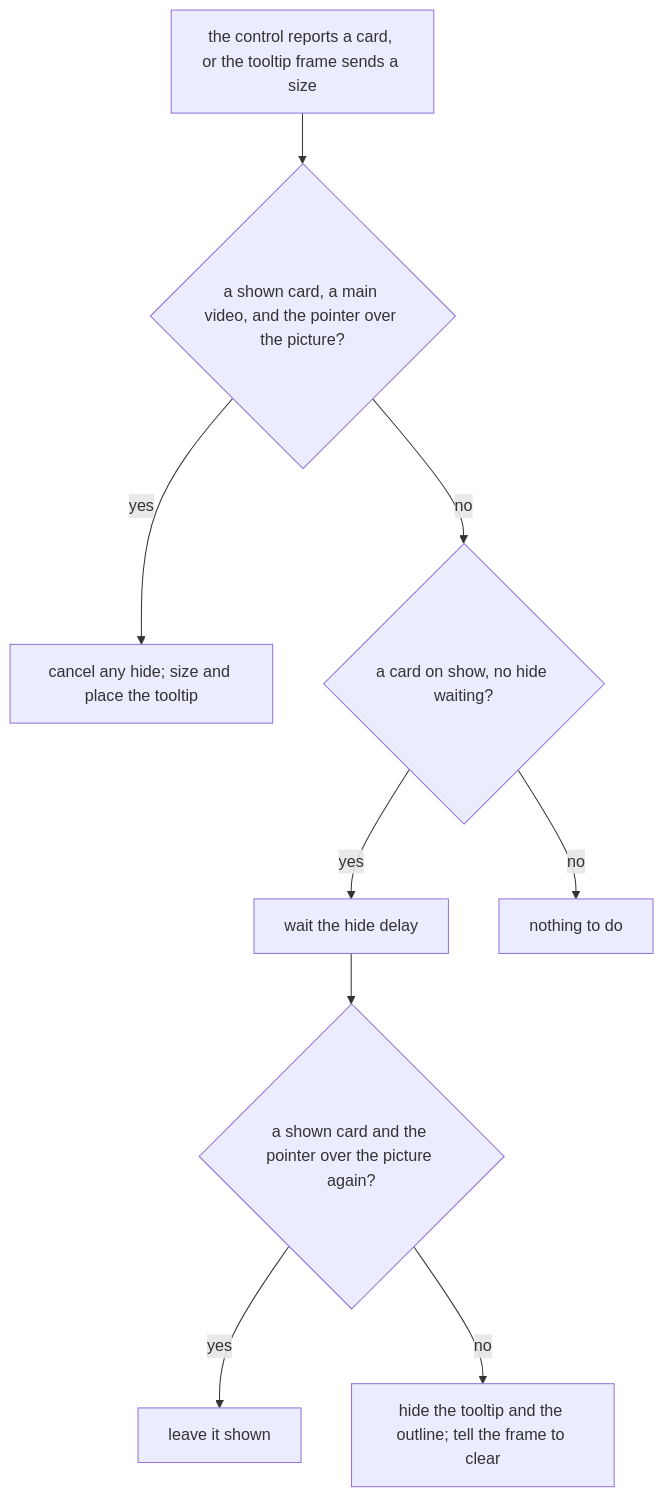
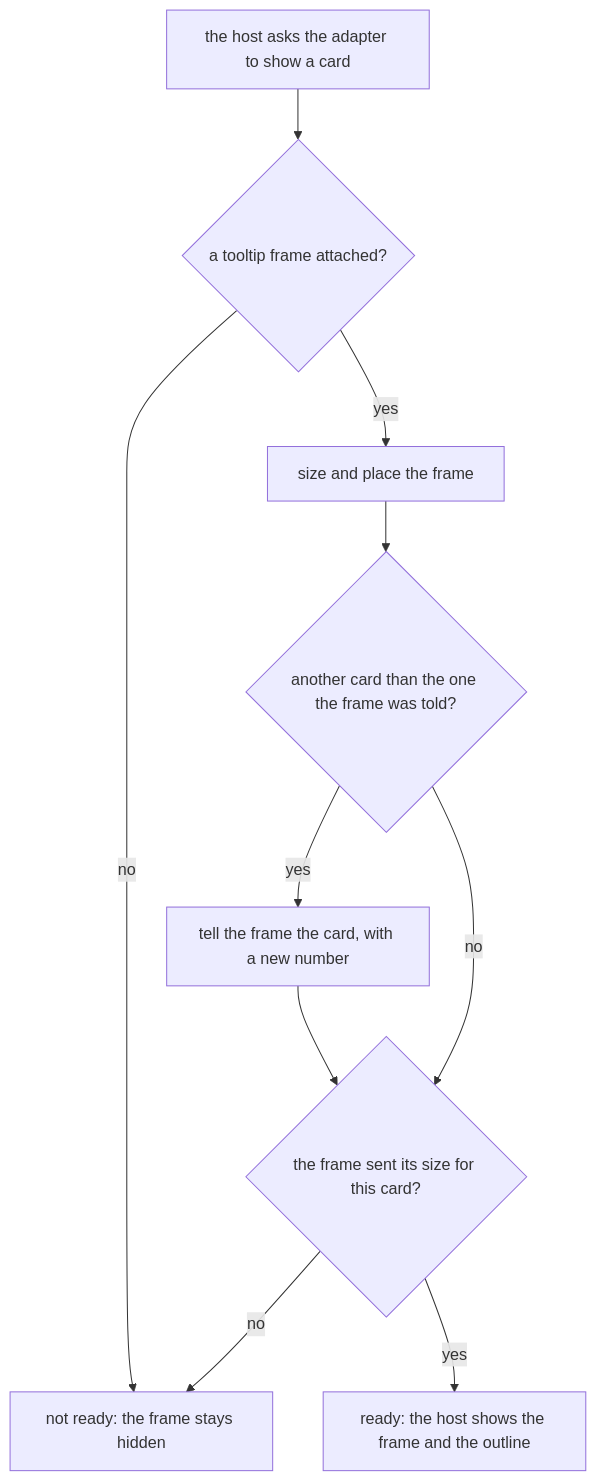
The fifth of 12 diagrams in docs/hover-map.md (ryangswe/kenbunshoku), drawn with Mermaid before and after one commit. The commit also changed other lines of this file and 96 other files, not shown here.

````diff
--- a/docs/hover-map.md
+++ b/docs/hover-map.md
@@ -360,19 +232,19 @@
 ```mermaid
 flowchart TD
-  EV["the control reports a card, or the tooltip frame sends a size"]
-  CARD{"a shown card, a main video, and the pointer over the picture?"}
-  SHOW["cancel any hide; size and place the tooltip"]
-  ONSHOW{"a card on show, no hide waiting?"}
-  WAIT["wait the hide delay"]
-  BACK{"a shown card and the pointer over the picture again?"}
-  HIDE["hide the tooltip and the outline; tell the frame to clear"]
-  NONE["nothing to do"]
+  SHOW["the host asks the adapter to show a card"]
+  FRAME{"a tooltip frame attached?"}
+  NO["not ready: the frame stays hidden"]
+  PLACE["size and place the frame"]
+  NEW{"another card than the one the frame was told?"}
+  TELL["tell the frame the card, with a new number"]
+  SIZED{"the frame sent its size for this card?"}
+  YES["ready: the host shows the frame and the outline"]
 
-  EV --> CARD
-  CARD -->|yes| SHOW
-  CARD -->|no| ONSHOW
-  ONSHOW -->|no| NONE
-  ONSHOW -->|yes| WAIT --> BACK
-  BACK -->|yes| KEPT["leave it shown"]
-  BACK -->|no| HIDE
+  SHOW --> FRAME
+  FRAME -->|no| NO
+  FRAME -->|yes| PLACE --> NEW
+  NEW -->|yes| TELL --> SIZED
+  NEW -->|no| SIZED
+  SIZED -->|no| NO
+  SIZED -->|yes| YES
 ```
````
